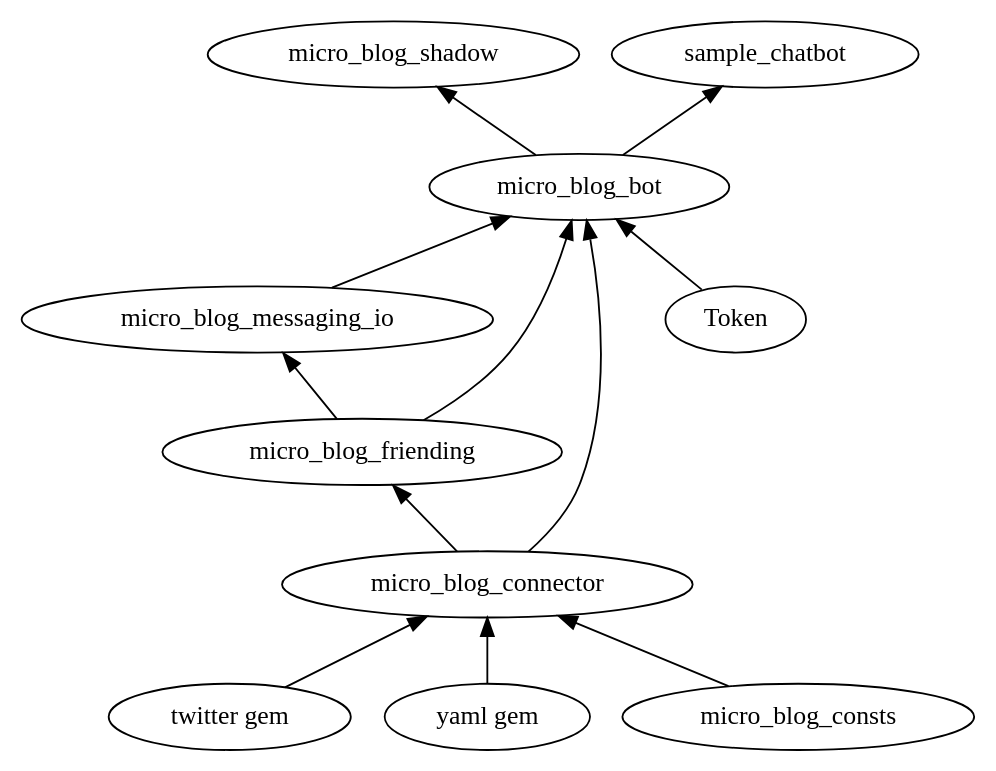
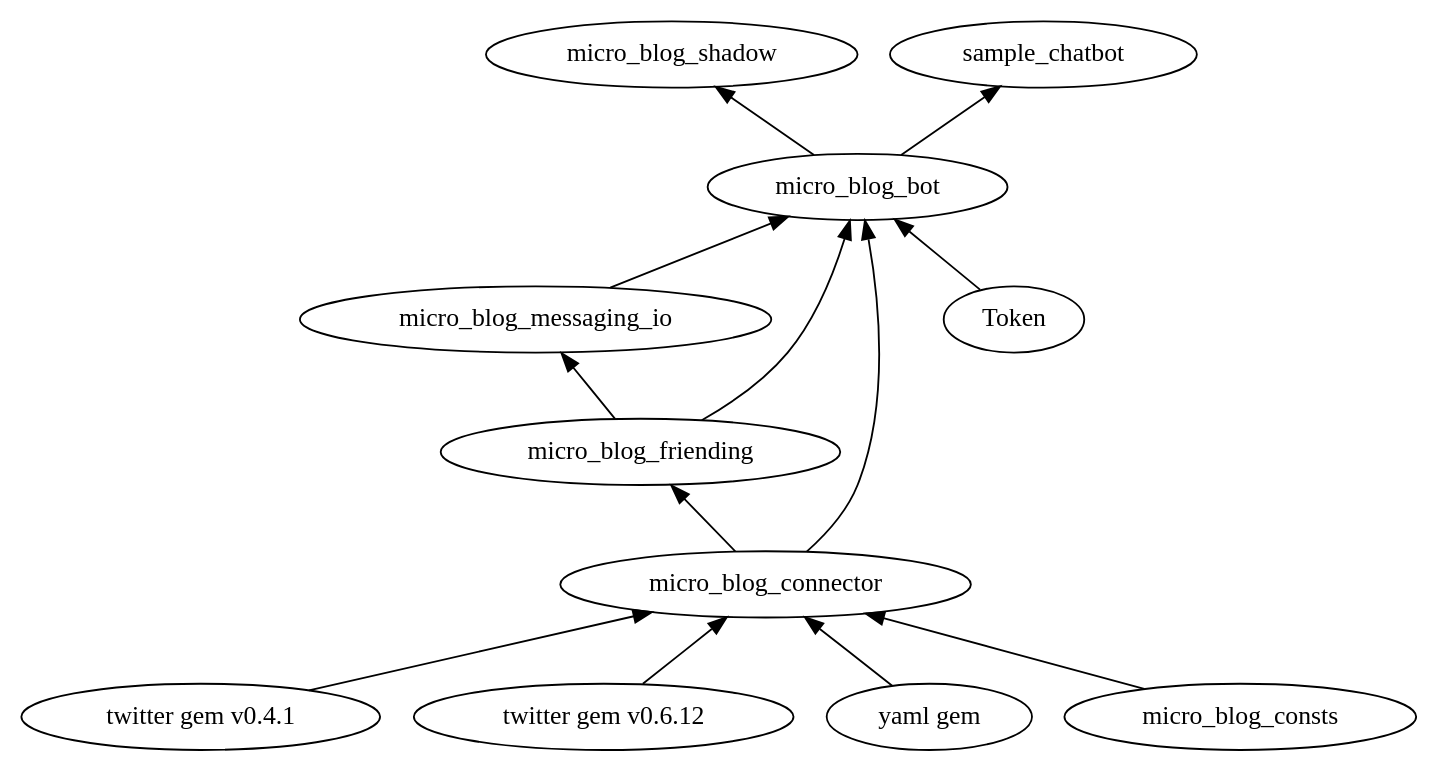
One commit to dagobart/mbbot changed the diagram in rurug/doc/uB_bot_framework.dot. Above: the diagram before and after it, drawn with Graphviz. The commit also changed 4 other files, not shown here.

```diff
--- a/rurug/doc/uB_bot_framework.dot
+++ b/rurug/doc/uB_bot_framework.dot
@@ -1,18 +1,19 @@
 digraph uB_bot_framework {
         rankdir=BT;
 
-	"twitter gem"      -> micro_blog_connector;
-        "yaml gem"         -> micro_blog_connector;
-         micro_blog_consts -> micro_blog_connector;
+	"twitter gem v0.4.1"  -> micro_blog_connector;
+	"twitter gem v0.6.12" -> micro_blog_connector;
+        "yaml gem"            -> micro_blog_connector;
+         micro_blog_consts    -> micro_blog_connector;
 
 	 micro_blog_connector -> micro_blog_friending;
 	 micro_blog_friending -> micro_blog_messaging_io;
 
          micro_blog_connector    -> micro_blog_bot;
          micro_blog_friending    -> micro_blog_bot;
 	 micro_blog_messaging_io -> micro_blog_bot;
          Token                   -> micro_blog_bot
 
          micro_blog_bot          -> micro_blog_shadow;
          micro_blog_bot          -> sample_chatbot;
 }
```
